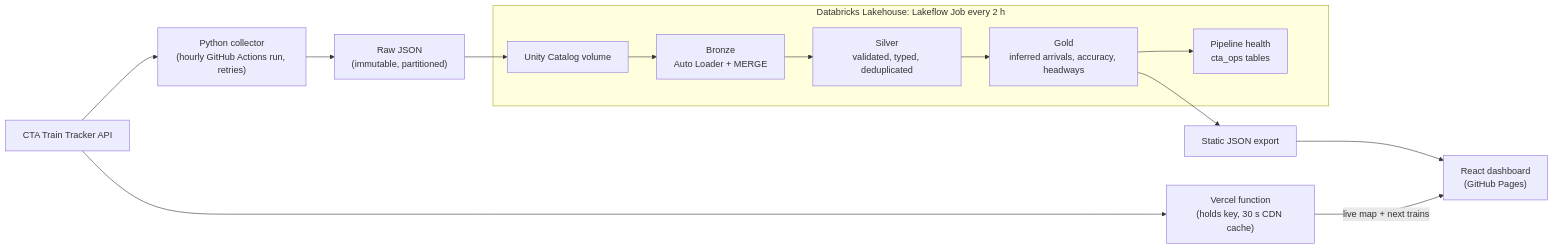
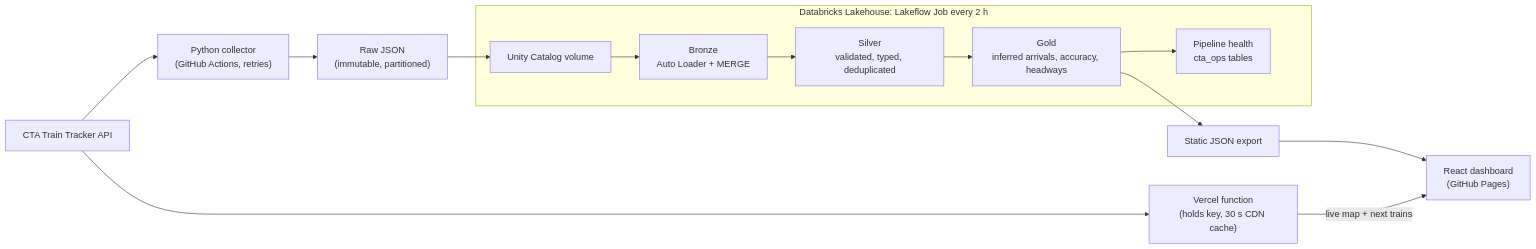
Before and after one commit to wheattthins/CTA-Transit-Intelligence-Platform: the diagram in README.md, drawn with Mermaid. The commit also changed other lines of this file and 5 other files, not shown here.

First line of the commit message:
Chain Collector runs instead of relying on GitHub's schedule

````diff
--- a/README.md
+++ b/README.md
@@ -43,16 +43,16 @@
 ```mermaid
 flowchart LR
-    API["CTA Train Tracker API"] --> C["Python collector<br/>(hourly GitHub Actions run, retries)"]
+    API["CTA Train Tracker API"] --> C["Python collector<br/>(GitHub Actions, retries)"]
     C --> R["Raw JSON<br/>(immutable, partitioned)"]
     R --> V["Unity Catalog volume"]
     subgraph DB["Databricks Lakehouse: Lakeflow Job every 2 h"]
         V --> B["Bronze<br/>Auto Loader + MERGE"]
         B --> S["Silver<br/>validated, typed, deduplicated"]
         S --> G["Gold<br/>inferred arrivals, accuracy, headways"]
         G --> H["Pipeline health<br/>cta_ops tables"]
     end
     G --> E["Static JSON export"]
     E --> D["React dashboard<br/>(GitHub Pages)"]
     API --> L["Vercel function<br/>(holds key, 30 s CDN cache)"]
     L -->|live map + next trains| D
 ```
````
